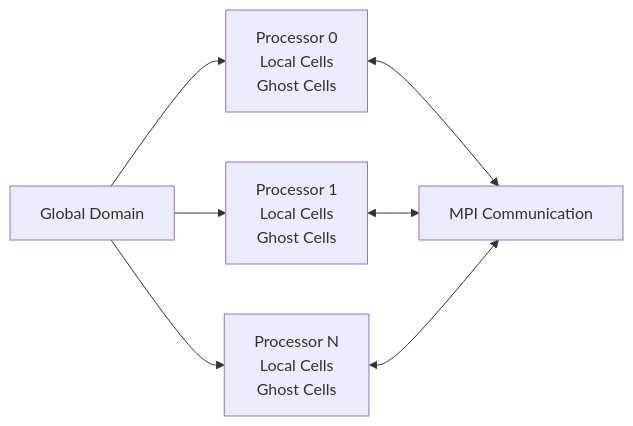
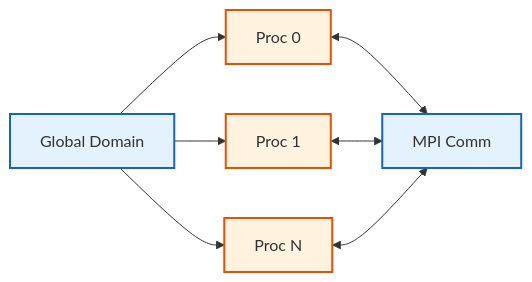
The second of 2 diagrams in MODULE_05_OPENFOAM_PROGRAMMING/CONTENT/05_FIELDS_GEOMETRICFIELDS/02_Design_Philosophy.md (wramet/build-my-cfd), drawn with Mermaid before and after one commit. The commit also changed other lines of this file and 313 other files, not shown here.

Commit message:
Revise all diagram

````diff
--- a/MODULE_05_OPENFOAM_PROGRAMMING/CONTENT/05_FIELDS_GEOMETRICFIELDS/02_Design_Philosophy.md
+++ b/MODULE_05_OPENFOAM_PROGRAMMING/CONTENT/05_FIELDS_GEOMETRICFIELDS/02_Design_Philosophy.md
@@ -454,10 +458,14 @@
 ```mermaid
 flowchart LR
-    A[Global Domain] --> B[Processor 0<br>Local Cells<br>Ghost Cells]
-    A --> C[Processor 1<br>Local Cells<br>Ghost Cells]
-    A --> D[Processor N<br>Local Cells<br>Ghost Cells]
+%% Classes
+classDef explicit fill:#fff3e0,stroke:#e65100,stroke-width:2px;
+classDef implicit fill:#e3f2fd,stroke:#1565c0,stroke-width:2px;
+%% Nodes
+A[Global Domain]:::implicit --> B["Proc 0"]:::explicit
+A --> C["Proc 1"]:::explicit
+A --> D["Proc N"]:::explicit
 
-    B <--> E[MPI Communication]
-    C <--> E
-    D <--> E
+B <--> E["MPI Comm"]:::implicit
+C <--> E
+D <--> E
 ```
````
